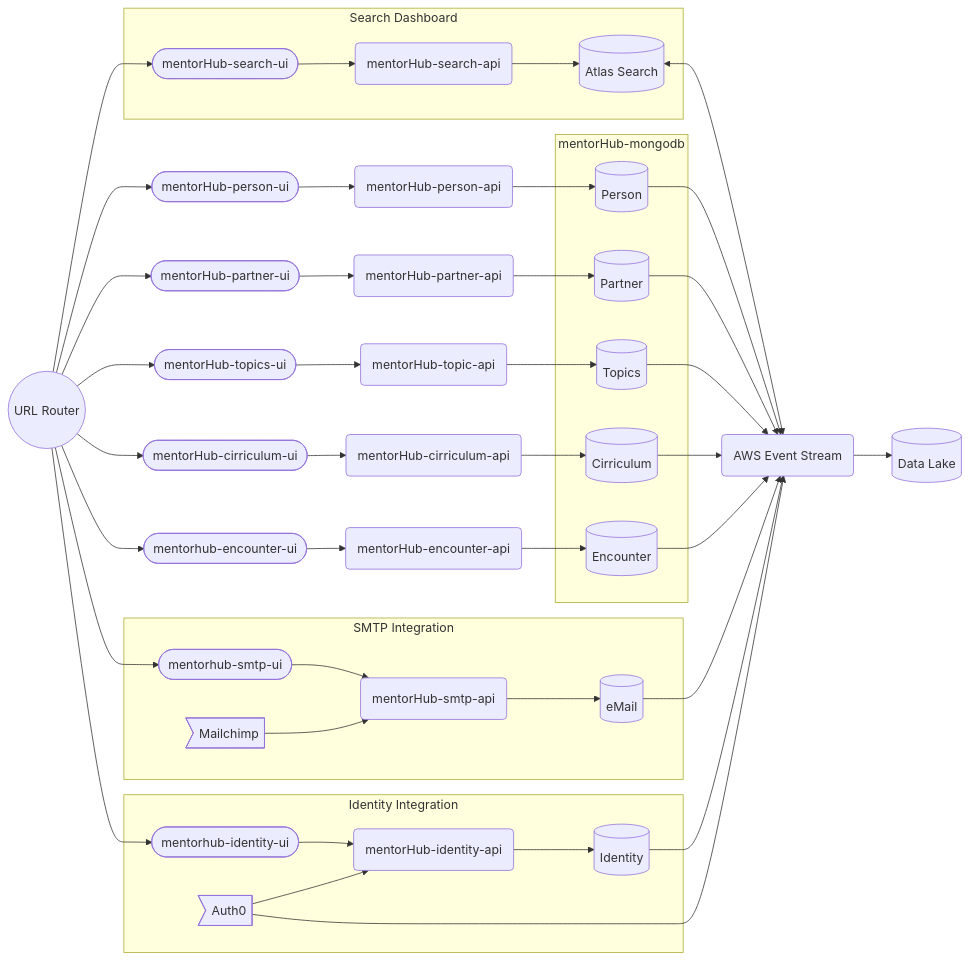
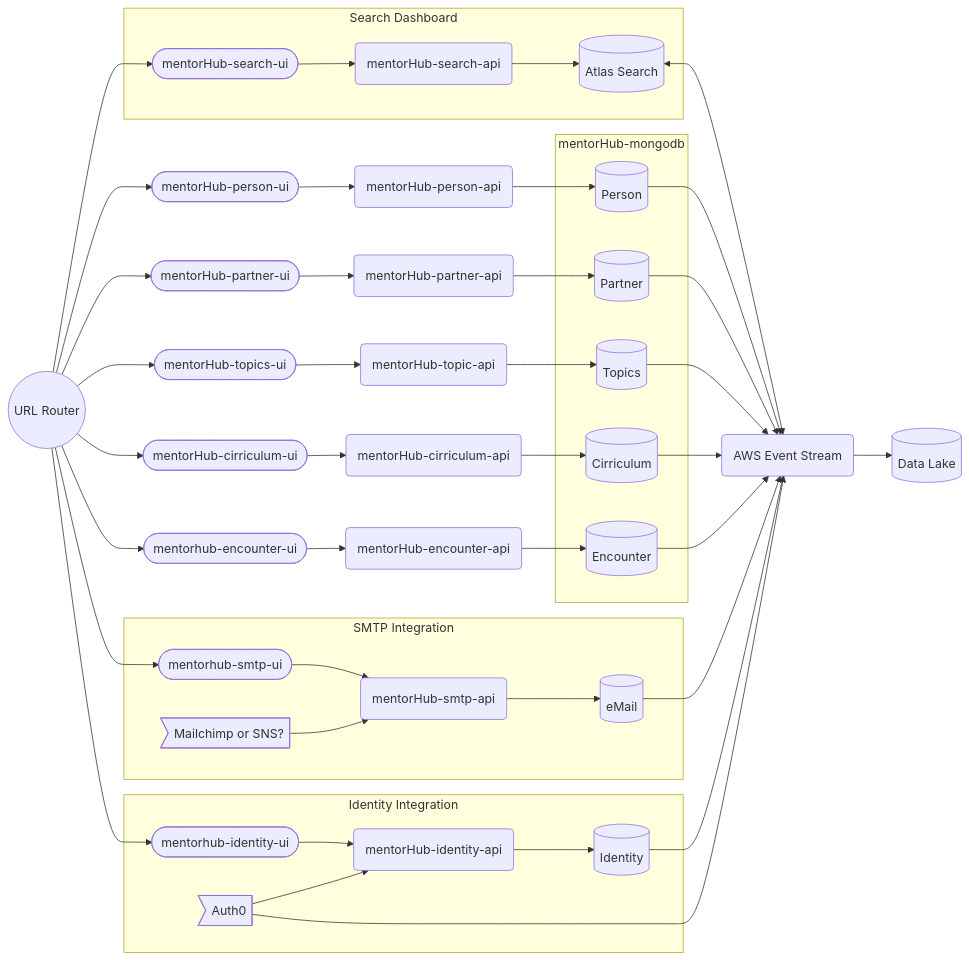
One commit to agile-learning-institute/mentorHub changed the first of 6 diagrams in specifications/ARCHITECTURE.md. Above: the diagram before and after it, drawn with Mermaid. The commit also changed other lines of this file and 4 other files, not shown here.

````diff
--- a/specifications/ARCHITECTURE.md
+++ b/specifications/ARCHITECTURE.md
@@ -66,7 +68,7 @@
         eMailUI
         --> eMailAPI(mentorHub-smtp-api)
         --> eMailDB[(eMail)]
-        eMail>Mailchimp]
+        eMail>Mailchimp or SNS?]
         --> eMailAPI
     end
     eMailDB --> BUS
@@ -94,4 +96,15 @@
         eMailDB
     end
 
+    click PersonUI href "https://github.com/agile-learning-institute/mentorHub-person-ui"
+    click PersonAPI href "https://github.com/agile-learning-institute/mentorHub-person-api"
+    click mentorHub-mongodb href "https://github.com/agile-learning-institute/mentorHub-mongodb"
+    click PersonDB href "https://github.com/agile-learning-institute/mentorHub-mongodb"
+    click TopicsDB href "https://github.com/agile-learning-institute/mentorHub-mongodb"
+    click PartnerDB href "https://github.com/agile-learning-institute/mentorHub-mongodb"
+    click CirriculumDB href "https://github.com/agile-learning-institute/mentorHub-mongodb"
+    click EncounterDB href "https://github.com/agile-learning-institute/mentorHub-mongodb"
+    click IdentityDB href "https://github.com/agile-learning-institute/mentorHub-mongodb"
+    click eMailDB href "https://github.com/agile-learning-institute/mentorHub-mongodb"
+
 ```
````
